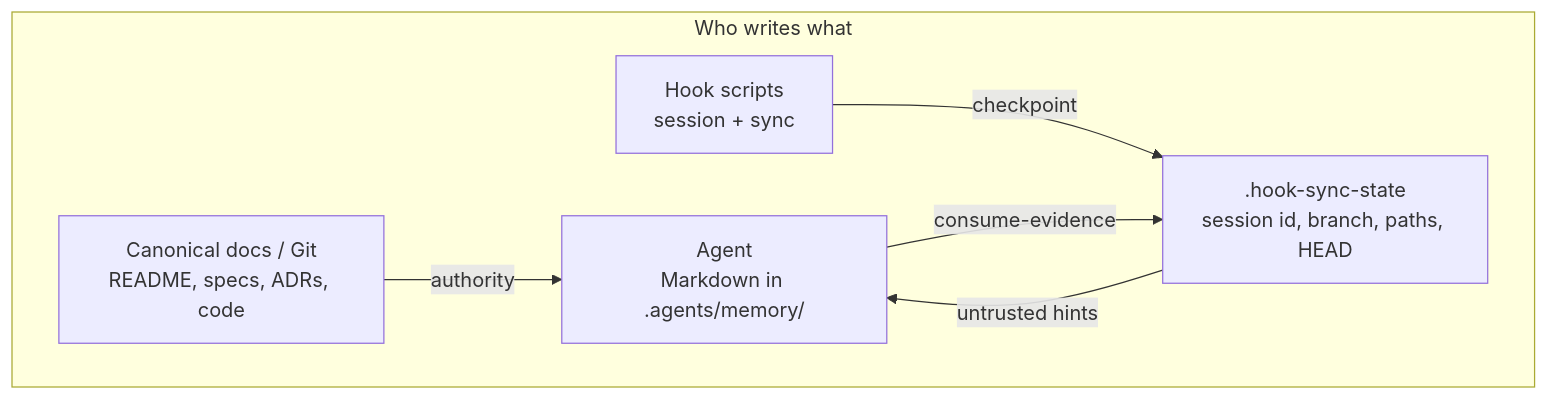
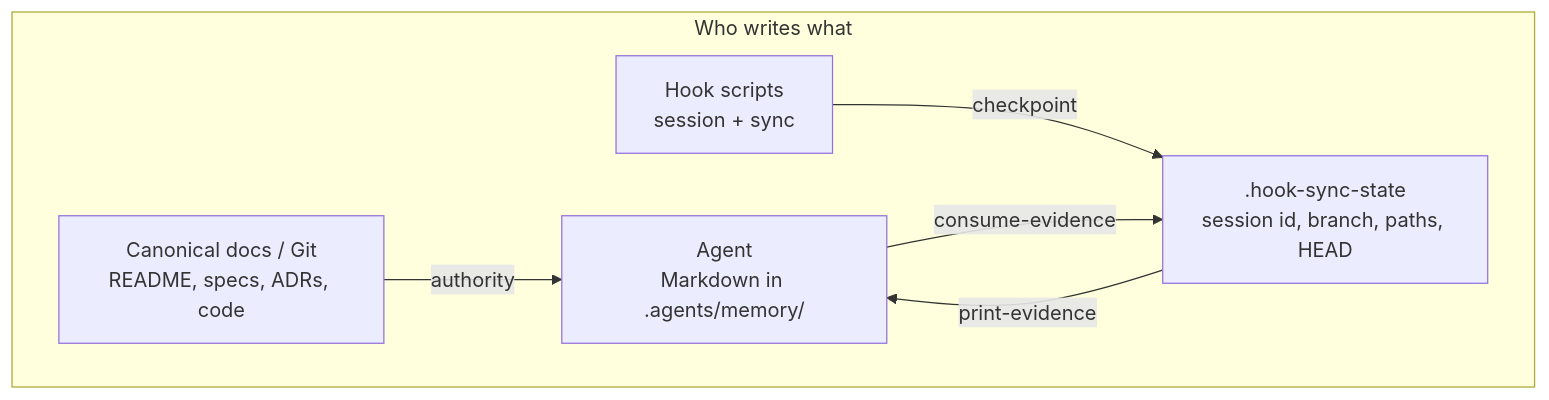
The first of 5 diagrams in README.md (diegoos/agent-memory), drawn with Mermaid before and after one commit. The commit also changed other lines of this file and 17 other files, not shown here.

````diff
--- a/README.md
+++ b/README.md
@@ -39,13 +39,13 @@
 ```mermaid
 flowchart TB
   subgraph owners ["Who writes what"]
     Docs["Canonical docs / Git<br/>README, specs, ADRs, code"]
     Agent["Agent<br/>Markdown in .agents/memory/"]
     Hooks["Hook scripts<br/>session + sync"]
     State[".hook-sync-state<br/>session id, branch, paths, HEAD"]
   end
   Docs -->|"authority"| Agent
   Hooks -->|"checkpoint"| State
-  State -->|"untrusted hints"| Agent
+  State -->|"print-evidence"| Agent
   Agent -->|"consume-evidence"| State
 ```
````
